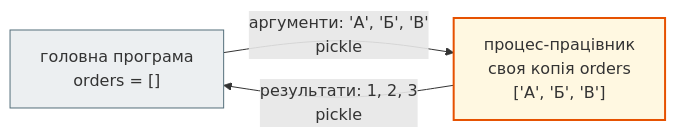
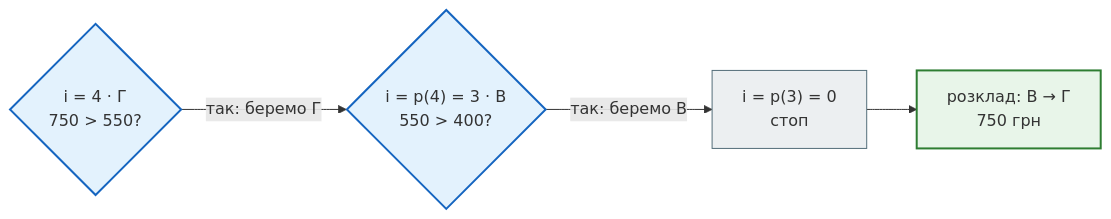
One commit to AlinaRadchenko/PY-Course-Victor-Nikoriak-22-09-2026 changed the fourth of 5 diagrams in docs/modules/m2/lesson_27.md. Above: the diagram before and after it, drawn with Mermaid. The commit also changed other lines of this file and 1846 other files, not shown here.

````diff
--- a/docs/modules/m2/lesson_27.md
+++ b/docs/modules/m2/lesson_27.md
@@ -365,14 +444,16 @@
 ```mermaid
-graph LR
+flowchart LR
     classDef step     fill:#eceff1,stroke:#546e7a,stroke-width:1px;
     classDef decision fill:#e3f2fd,stroke:#1565c0,stroke-width:2px;
     classDef success  fill:#e8f5e9,stroke:#2e7d32,stroke-width:2px;
     classDef error    fill:#ffebee,stroke:#c62828,stroke-width:3px;
     classDef warning  fill:#fff8e1,stroke:#e65100,stroke-width:2px;
 
-    M["головна програма<br>orders = []"] -- "аргументи: 'А', 'Б', 'В'<br>pickle" --> W["процес-працівник<br>своя копія orders<br>['А', 'Б', 'В']"]
-    W -- "результати: 1, 2, 3<br>pickle" --> M
+    I4{"i = 4 · Г<br>750 > 550?"} -- "так: беремо Г" --> I3{"i = p(4) = 3 · В<br>550 > 400?"}
+    I3 -- "так: беремо В" --> I0["i = p(3) = 0<br>стоп"]
+    I0 --> R["розклад: В → Г<br>750 грн"]
 
-    class M step
-    class W warning
+    class I4,I3 decision
+    class I0 step
+    class R success
 ```
````
